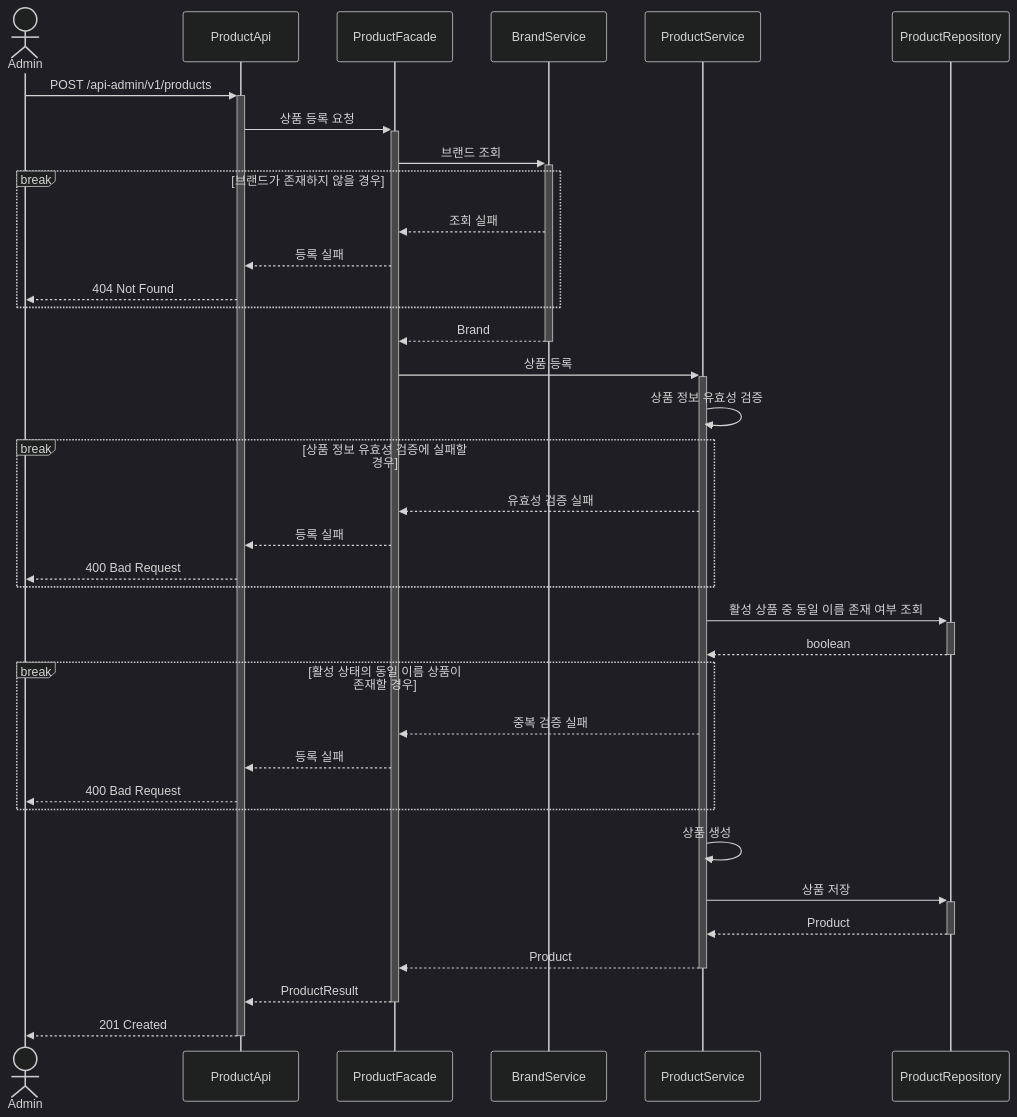
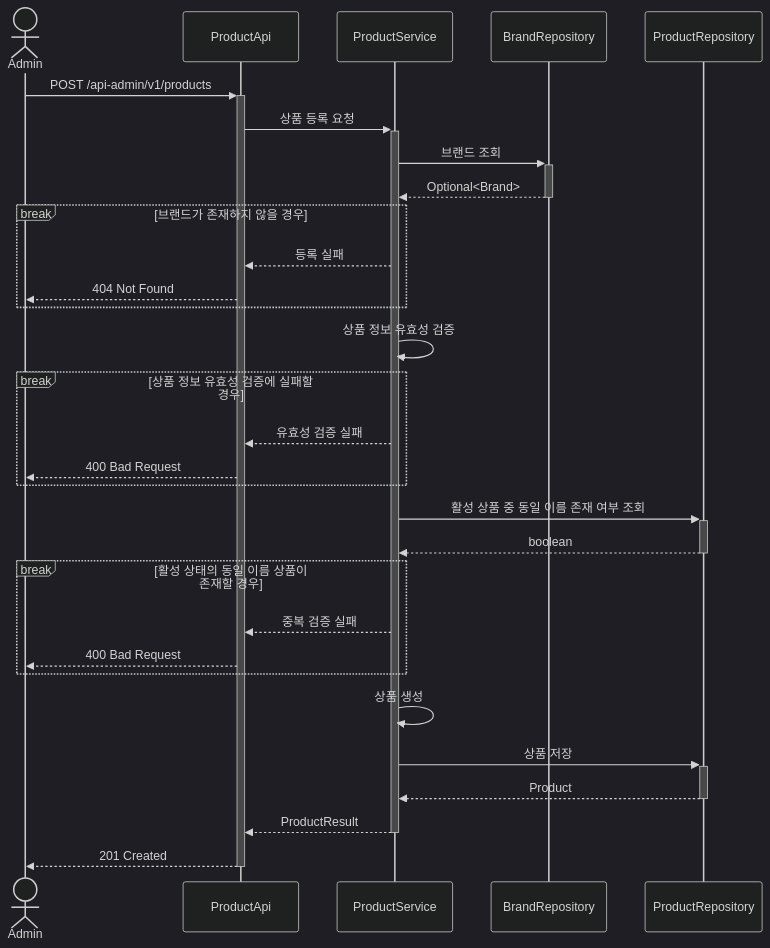
One commit to Loopers-dev-lab/loop-pack-be-l2-vol3-java changed the ninth of 23 diagrams in .docs/design/02-sequence-diagrams.md. Above: the diagram before and after it, drawn with Mermaid (dark theme). The commit also changed other lines of this file, not shown here.

First line of the commit message:
docs: 시퀀스 다이어그램에서 Facade 제거 및 Service 직접 호출 구조로 수정

````diff
--- a/.docs/design/02-sequence-diagrams.md
+++ b/.docs/design/02-sequence-diagrams.md
@@ -310,47 +303,40 @@
 ```mermaid
 sequenceDiagram
     actor Admin
     participant ProductApi
-    participant ProductFacade
-    participant BrandService
     participant ProductService
+    participant BrandRepository
     participant ProductRepository
 
     Admin ->>+ ProductApi: POST /api-admin/v1/products
-    ProductApi ->>+ ProductFacade: 상품 등록 요청
+    ProductApi ->>+ ProductService: 상품 등록 요청
 
-    ProductFacade ->>+ BrandService: 브랜드 조회
+    ProductService ->>+ BrandRepository: 브랜드 조회
+    BrandRepository -->>- ProductService: Optional<Brand>
 
     break 브랜드가 존재하지 않을 경우
-        BrandService -->> ProductFacade: 조회 실패
-        ProductFacade -->> ProductApi: 등록 실패
+        ProductService -->> ProductApi: 등록 실패
         ProductApi -->> Admin: 404 Not Found
     end
 
-    BrandService -->>- ProductFacade: Brand
-
-    ProductFacade ->>+ ProductService: 상품 등록
     ProductService ->> ProductService: 상품 정보 유효성 검증
 
     break 상품 정보 유효성 검증에 실패할 경우
-        ProductService -->> ProductFacade: 유효성 검증 실패
-        ProductFacade -->> ProductApi: 등록 실패
+        ProductService -->> ProductApi: 유효성 검증 실패
         ProductApi -->> Admin: 400 Bad Request
     end
 
     ProductService ->>+ ProductRepository: 활성 상품 중 동일 이름 존재 여부 조회
     ProductRepository -->>- ProductService: boolean
 
     break 활성 상태의 동일 이름 상품이 존재할 경우
-        ProductService -->> ProductFacade: 중복 검증 실패
-        ProductFacade -->> ProductApi: 등록 실패
+        ProductService -->> ProductApi: 중복 검증 실패
         ProductApi -->> Admin: 400 Bad Request
     end
 
     ProductService ->> ProductService: 상품 생성
     ProductService ->>+ ProductRepository: 상품 저장
     ProductRepository -->>- ProductService: Product
-    ProductService -->>- ProductFacade: Product
-    ProductFacade -->>- ProductApi: ProductResult
+    ProductService -->>- ProductApi: ProductResult
     ProductApi -->>- Admin: 201 Created
 ```
````
